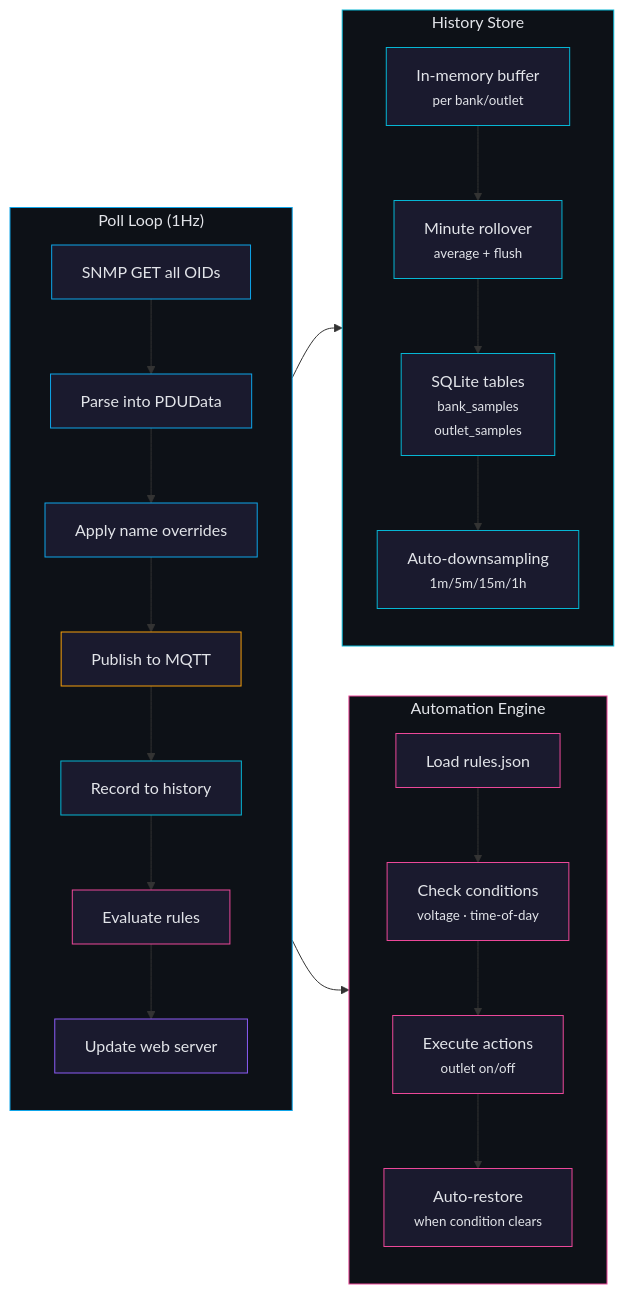
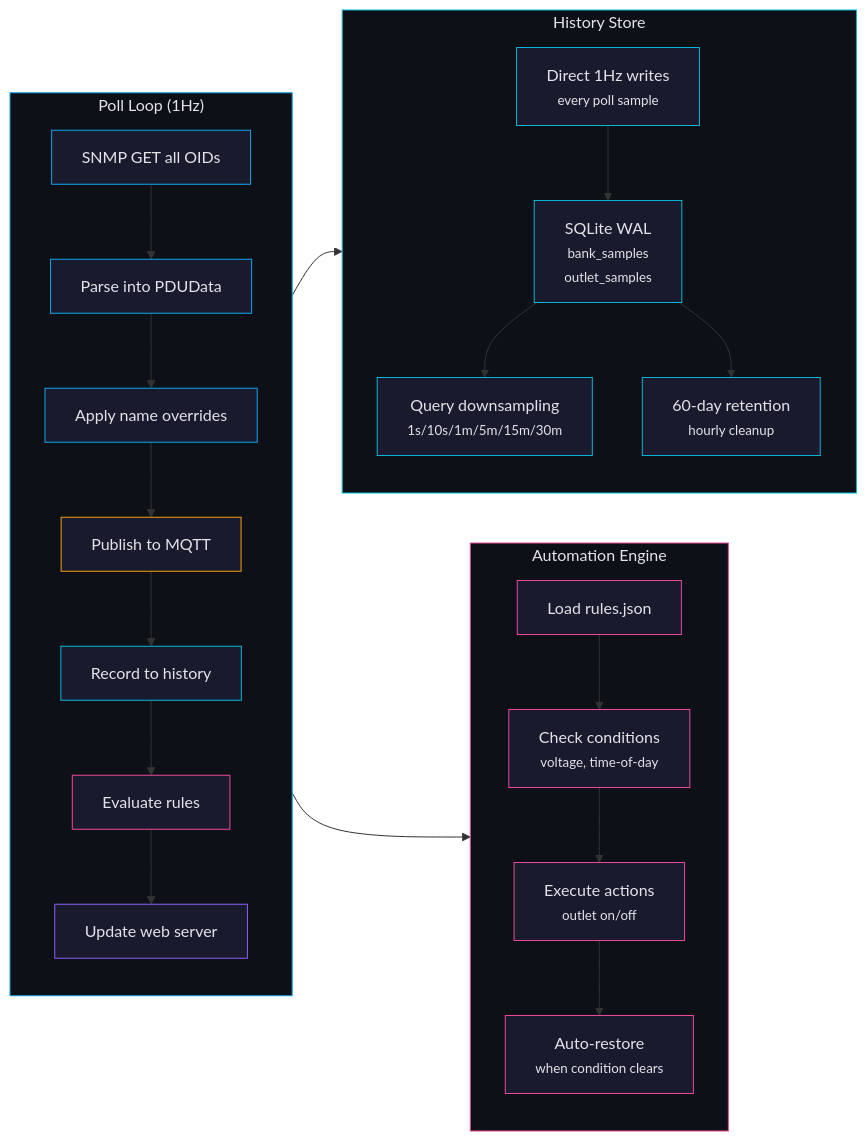
Before and after one commit to mvalancy/CyberPower-PDU: the third of 4 diagrams in docs/architecture.md, drawn with Mermaid. The commit also changed other lines of this file and 3 other files, not shown here.

````diff
--- a/docs/architecture.md
+++ b/docs/architecture.md
@@ -107,55 +192,55 @@
 ```mermaid
 graph LR
     subgraph Poll ["Poll Loop (1Hz)"]
         direction TB
         P1["SNMP GET all OIDs"]
         P2["Parse into PDUData"]
         P3["Apply name overrides"]
         P4["Publish to MQTT"]
         P5["Record to history"]
         P6["Evaluate rules"]
         P7["Update web server"]
         P1 --> P2 --> P3 --> P4 --> P5 --> P6 --> P7
     end
 
     subgraph History ["History Store"]
         direction TB
-        H1["In-memory buffer<br/><small>per bank/outlet</small>"]
-        H2["Minute rollover<br/><small>average + flush</small>"]
-        H3["SQLite tables<br/><small>bank_samples<br/>outlet_samples</small>"]
-        H4["Auto-downsampling<br/><small>1m/5m/15m/1h</small>"]
+        H1["Direct 1Hz writes<br/><small>every poll sample</small>"]
+        H2["SQLite WAL<br/><small>bank_samples<br/>outlet_samples</small>"]
+        H3["Query downsampling<br/><small>1s/10s/1m/5m/15m/30m</small>"]
+        H4["60-day retention<br/><small>hourly cleanup</small>"]
         H1 --> H2 --> H3
-        H3 --> H4
+        H2 --> H4
     end
 
     subgraph Rules ["Automation Engine"]
         direction TB
         R1["Load rules.json"]
-        R2["Check conditions<br/><small>voltage · time-of-day</small>"]
+        R2["Check conditions<br/><small>voltage, time-of-day</small>"]
         R3["Execute actions<br/><small>outlet on/off</small>"]
         R4["Auto-restore<br/><small>when condition clears</small>"]
         R1 --> R2 --> R3 --> R4
     end
 
     Poll --> History
     Poll --> Rules
 
     style Poll fill:#0d1117,stroke:#0ea5e9,color:#e2e4e9
     style History fill:#0d1117,stroke:#06b6d4,color:#e2e4e9
     style Rules fill:#0d1117,stroke:#ec4899,color:#e2e4e9
     style P1 fill:#1a1a2e,stroke:#0ea5e9,color:#e2e4e9
     style P2 fill:#1a1a2e,stroke:#0ea5e9,color:#e2e4e9
     style P3 fill:#1a1a2e,stroke:#0ea5e9,color:#e2e4e9
     style P4 fill:#1a1a2e,stroke:#f59e0b,color:#e2e4e9
     style P5 fill:#1a1a2e,stroke:#06b6d4,color:#e2e4e9
     style P6 fill:#1a1a2e,stroke:#ec4899,color:#e2e4e9
     style P7 fill:#1a1a2e,stroke:#8b5cf6,color:#e2e4e9
     style H1 fill:#1a1a2e,stroke:#06b6d4,color:#e2e4e9
     style H2 fill:#1a1a2e,stroke:#06b6d4,color:#e2e4e9
     style H3 fill:#1a1a2e,stroke:#06b6d4,color:#e2e4e9
     style H4 fill:#1a1a2e,stroke:#06b6d4,color:#e2e4e9
     style R1 fill:#1a1a2e,stroke:#ec4899,color:#e2e4e9
     style R2 fill:#1a1a2e,stroke:#ec4899,color:#e2e4e9
     style R3 fill:#1a1a2e,stroke:#ec4899,color:#e2e4e9
     style R4 fill:#1a1a2e,stroke:#ec4899,color:#e2e4e9
 ```
````
